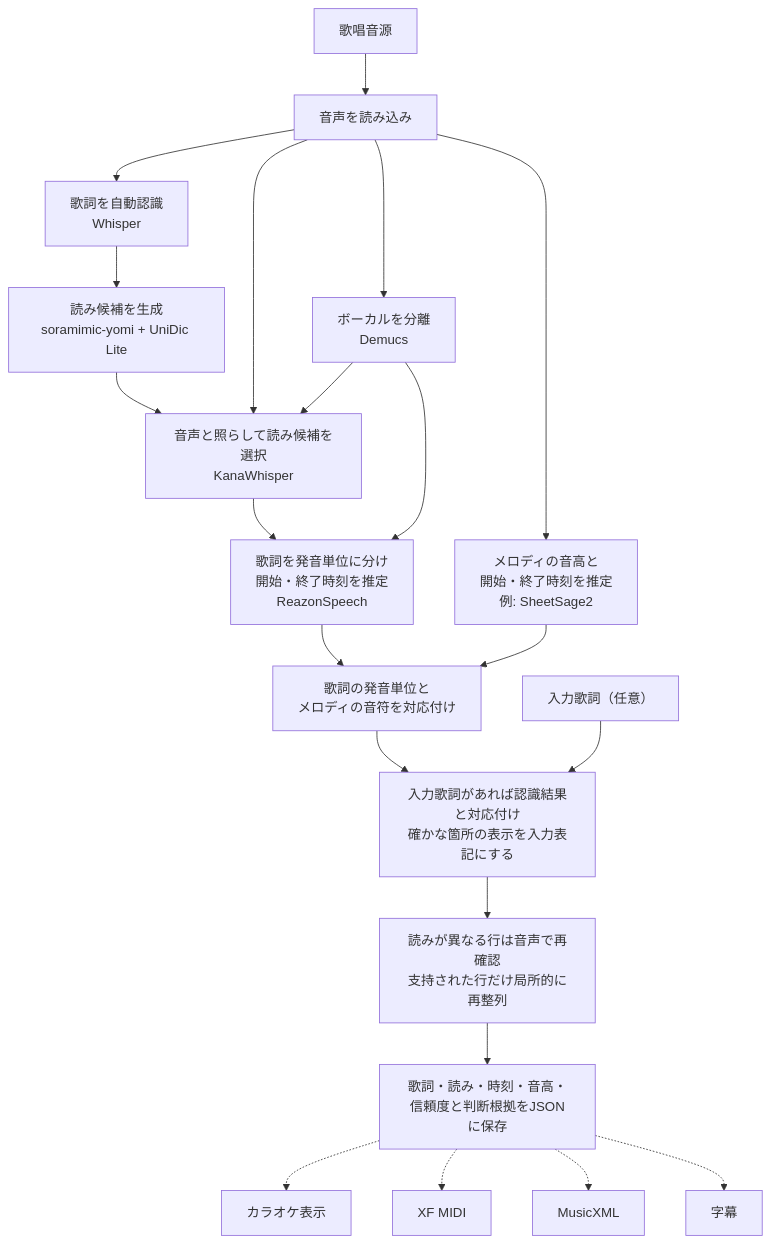
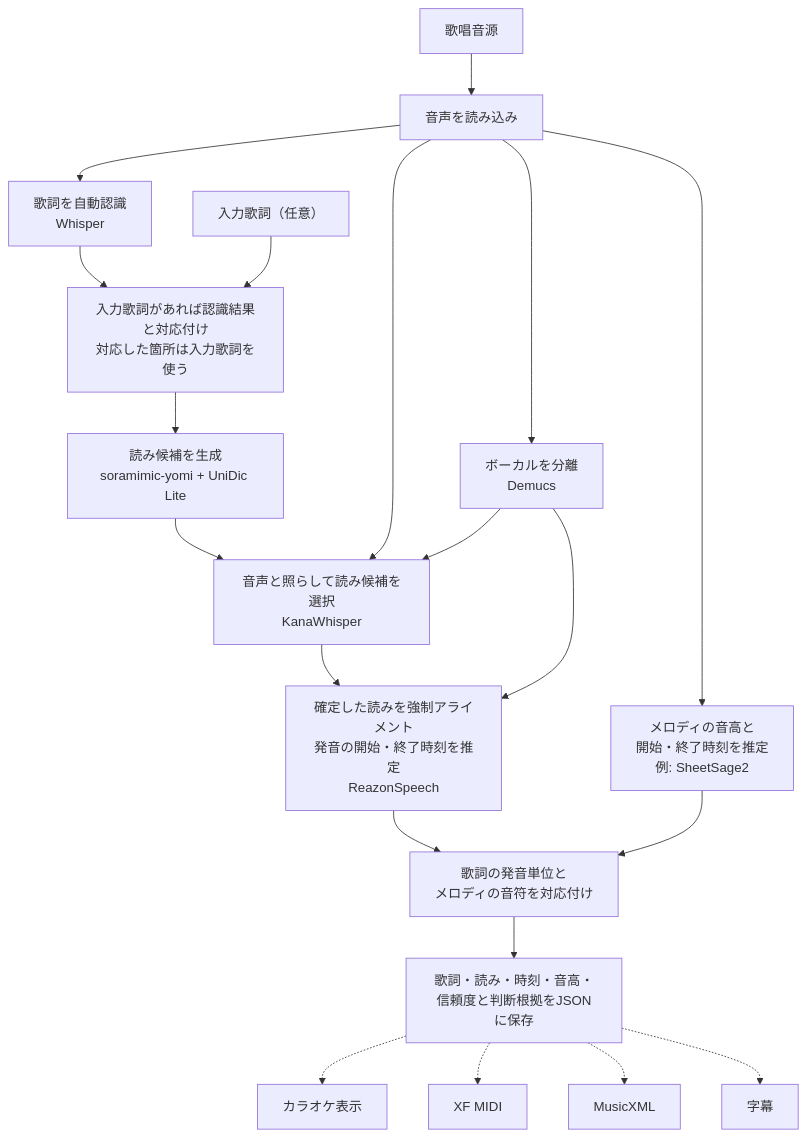
One commit to jiroshimaya/soramimic-score changed the diagram in README.md. Above: the diagram before and after it, drawn with Mermaid. The commit also changed other lines of this file and 8 other files, not shown here.

````diff
--- a/README.md
+++ b/README.md
@@ -10,26 +10,25 @@
 ```mermaid
 flowchart TD
     A["歌唱音源"] --> B["音声を読み込み"]
     B --> V["ボーカルを分離<br/>Demucs"]
     B --> E["歌詞を自動認識<br/>Whisper"]
     F["読み候補を生成<br/>soramimic-yomi + UniDic Lite"]
-    E --> F
+    E --> S["入力歌詞があれば認識結果と対応付け<br/>対応した箇所は入力歌詞を使う"]
+    D["入力歌詞（任意）"] --> S
+    S --> F
     F --> R["音声と照らして読み候補を選択<br/>KanaWhisper"]
     B --> R
     V --> R
-    R --> G["歌詞を発音単位に分け<br/>開始・終了時刻を推定<br/>ReazonSpeech"]
+    R --> G["確定した読みを強制アライメント<br/>発音の開始・終了時刻を推定<br/>ReazonSpeech"]
     V --> G
 
     B --> H["メロディの音高と<br/>開始・終了時刻を推定<br/>例: SheetSage2"]
     G --> I["歌詞の発音単位と<br/>メロディの音符を対応付け"]
     H --> I
 
-    I --> S["入力歌詞があれば認識結果と対応付け<br/>確かな箇所の表示を入力表記にする"]
-    D["入力歌詞（任意）"] --> S
-    S --> T["読みが異なる行は音声で再確認<br/>支持された行だけ局所的に再整列"]
-    T --> J["歌詞・読み・時刻・音高・<br/>信頼度と判断根拠をJSONに保存"]
+    I --> J["歌詞・読み・時刻・音高・<br/>信頼度と判断根拠をJSONに保存"]
     J -.-> K["カラオケ表示"]
     J -.-> L["XF MIDI"]
     J -.-> M["MusicXML"]
     J -.-> N["字幕"]
 ```
````
